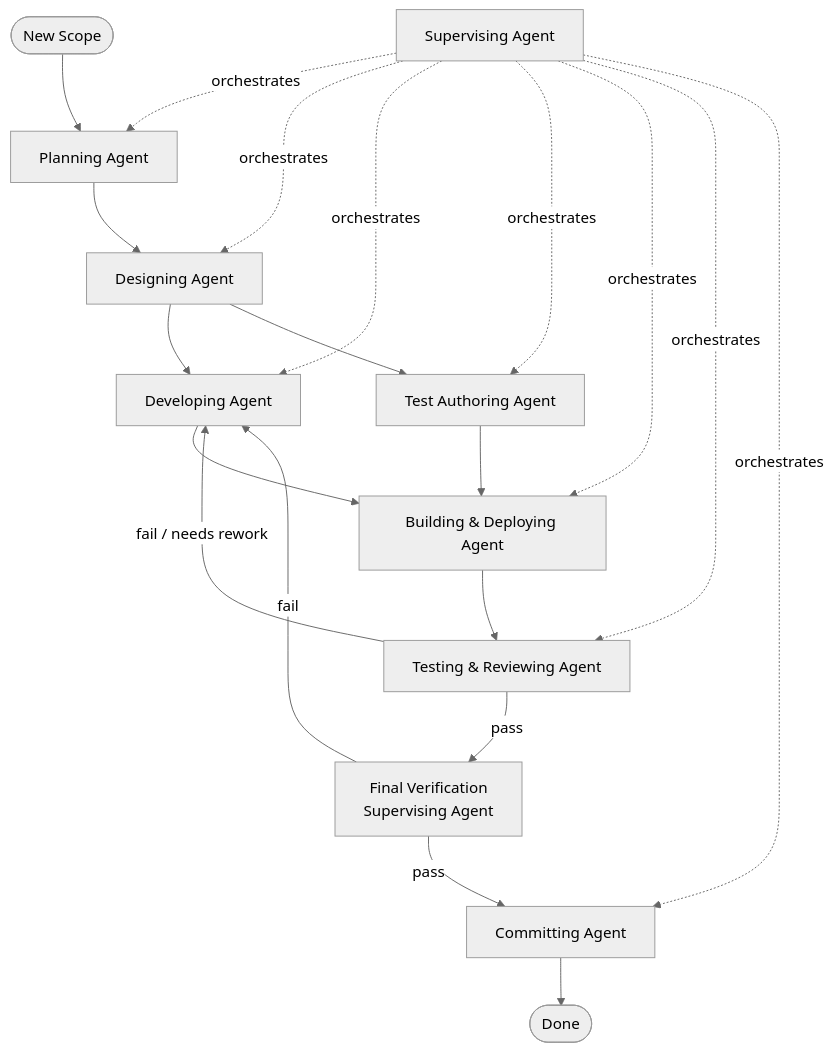
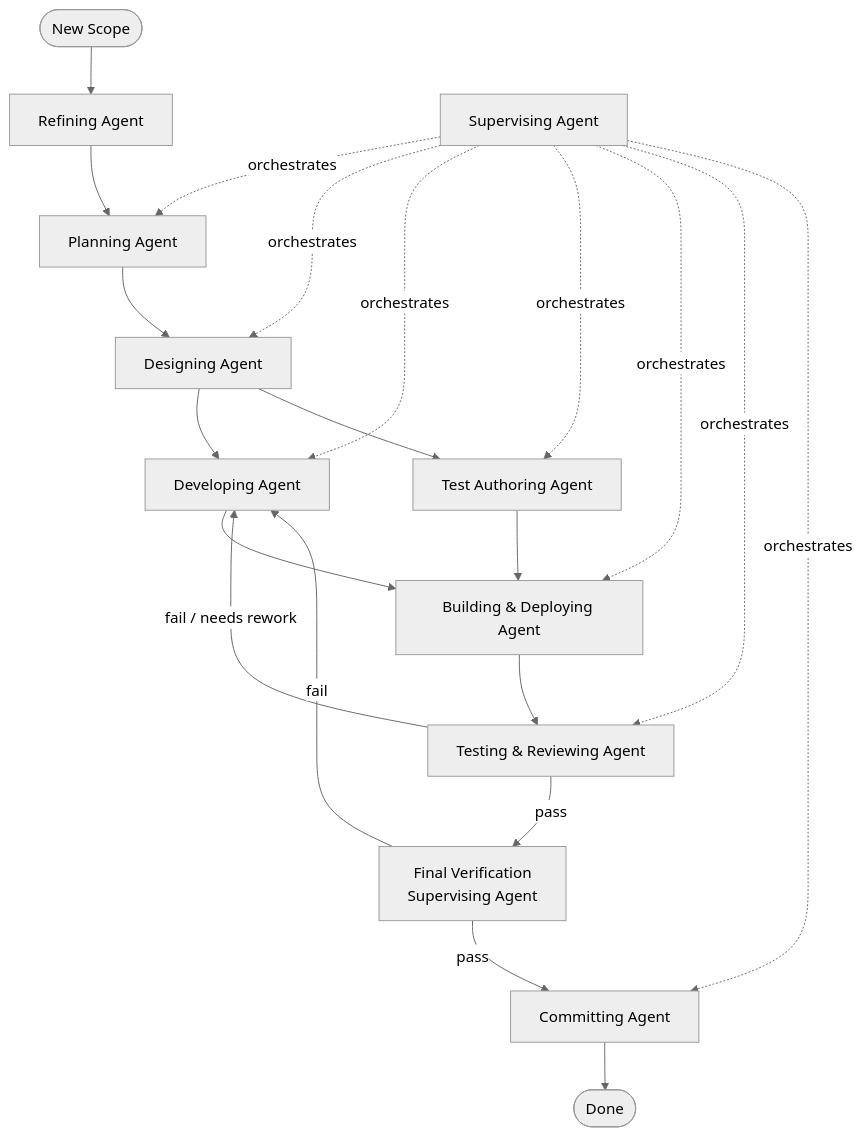
The third of 3 diagrams in README.md (hjhun/dormammu), drawn with Mermaid (neutral theme) before and after one commit. The commit also changed other lines of this file and 14 other files, not shown here.

First line of the commit message:
Add refine/plan pipeline stages and update documentation

````diff
--- a/README.md
+++ b/README.md
@@ -107,23 +152,24 @@
 ```mermaid
 flowchart TD
-    Start([New Scope]) --> plan[Planning Agent]
+    Start([New Scope]) --> refine[Refining Agent]
+    refine --> plan[Planning Agent]
     plan --> design[Designing Agent]
     design --> develop[Developing Agent]
     design --> testauth[Test Authoring Agent]
     develop --> build[Building & Deploying Agent]
     testauth --> build
     build --> review[Testing & Reviewing Agent]
     review -- "fail / needs rework" --> develop
     review -- pass --> finalverify["Final Verification<br/>Supervising Agent"]
     finalverify -- fail --> develop
     finalverify -- pass --> commit[Committing Agent]
     commit --> Done([Done])
 
     supervisor[Supervising Agent] -. orchestrates .-> plan
     supervisor -. orchestrates .-> design
     supervisor -. orchestrates .-> develop
     supervisor -. orchestrates .-> testauth
     supervisor -. orchestrates .-> build
     supervisor -. orchestrates .-> review
     supervisor -. orchestrates .-> commit
 ```
````
